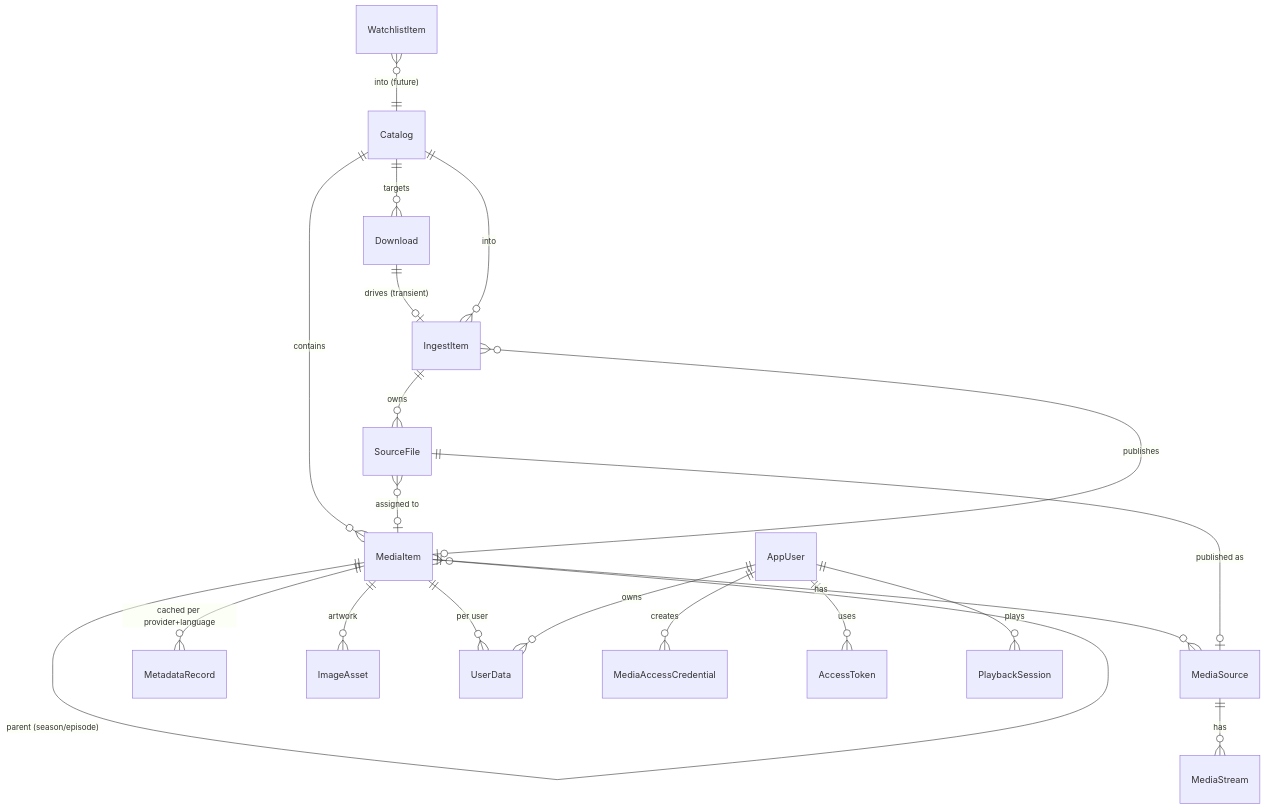
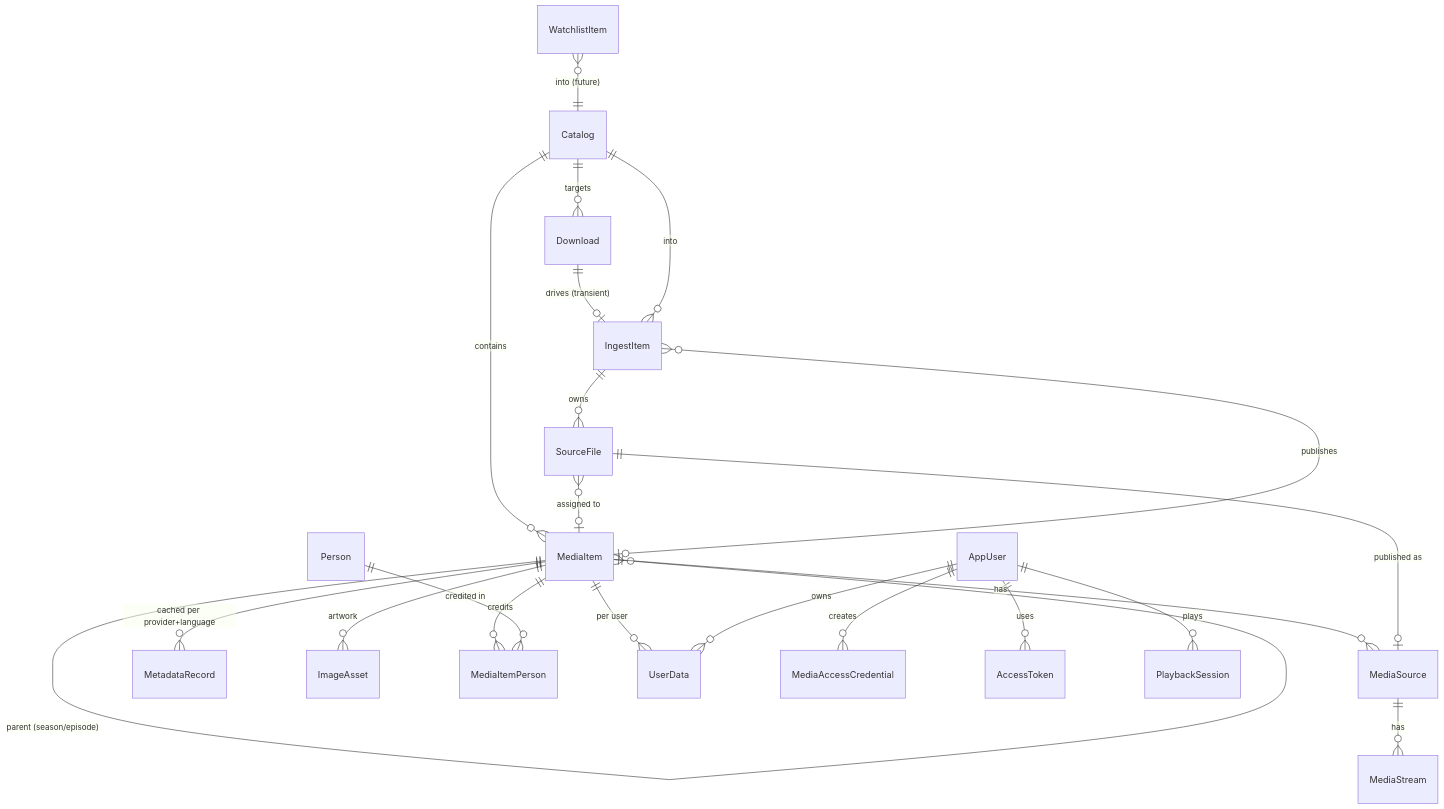
Before and after one commit to alex-de-haas/media-server: the diagram in docs/features/domain-model.md, drawn with Mermaid. The commit also changed other lines of this file and 16 other files, not shown here.

````diff
--- a/docs/features/domain-model.md
+++ b/docs/features/domain-model.md
@@ -33,22 +33,24 @@
 ```mermaid
 erDiagram
   Catalog ||--o{ MediaItem : contains
   Catalog ||--o{ Download : targets
   MediaItem ||--o{ MediaItem : "parent (season/episode)"
   MediaItem ||--o{ MediaSource : "has"
   MediaSource ||--o{ MediaStream : "has"
   MediaItem ||--o{ MetadataRecord : "cached per provider+language"
   MediaItem ||--o{ ImageAsset : "artwork"
+  MediaItem ||--o{ MediaItemPerson : "credits"
+  Person ||--o{ MediaItemPerson : "credited in"
   MediaItem ||--o{ UserData : "per user"
   Download ||--o| IngestItem : "drives (transient)"
   IngestItem ||--o{ SourceFile : "owns"
   SourceFile }o--o| MediaItem : "assigned to"
   SourceFile ||--o| MediaSource : "published as"
   IngestItem }o--|| Catalog : "into"
   IngestItem }o--o| MediaItem : "publishes"
   AppUser ||--o{ UserData : "owns"
   AppUser ||--o{ MediaAccessCredential : "creates"
   AppUser ||--o{ AccessToken : "uses"
   AppUser ||--o{ PlaybackSession : "plays"
   WatchlistItem }o--|| Catalog : "into (future)"
 ```
````
